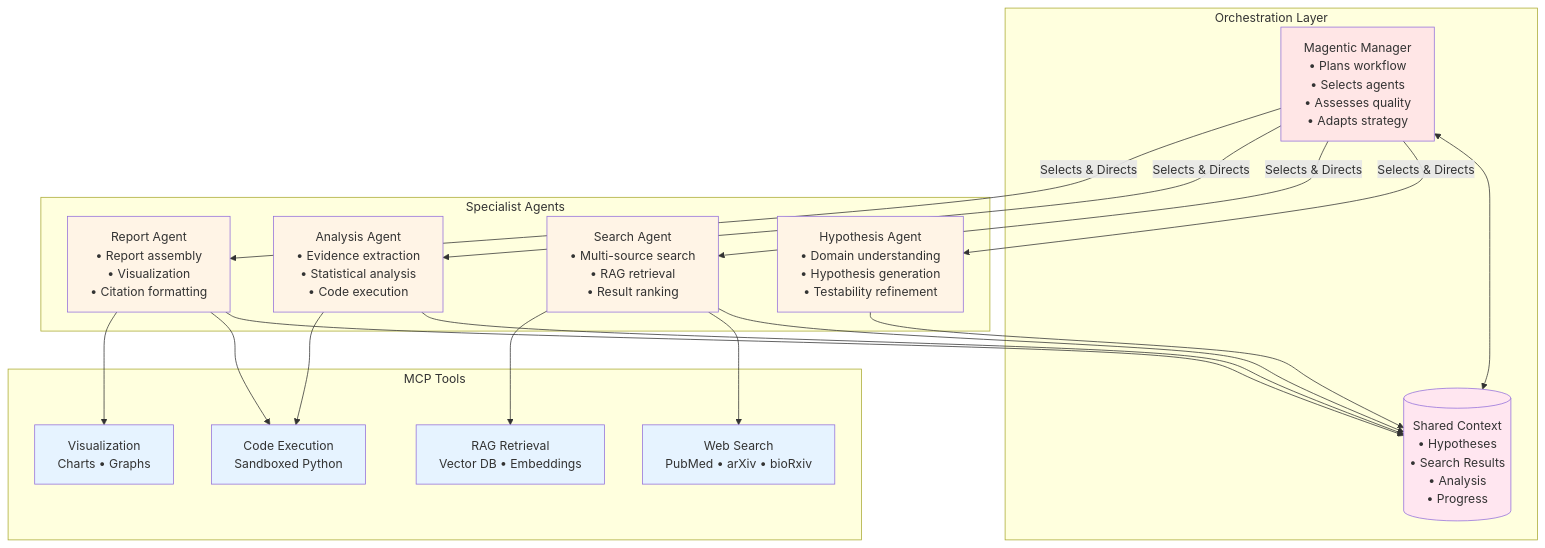
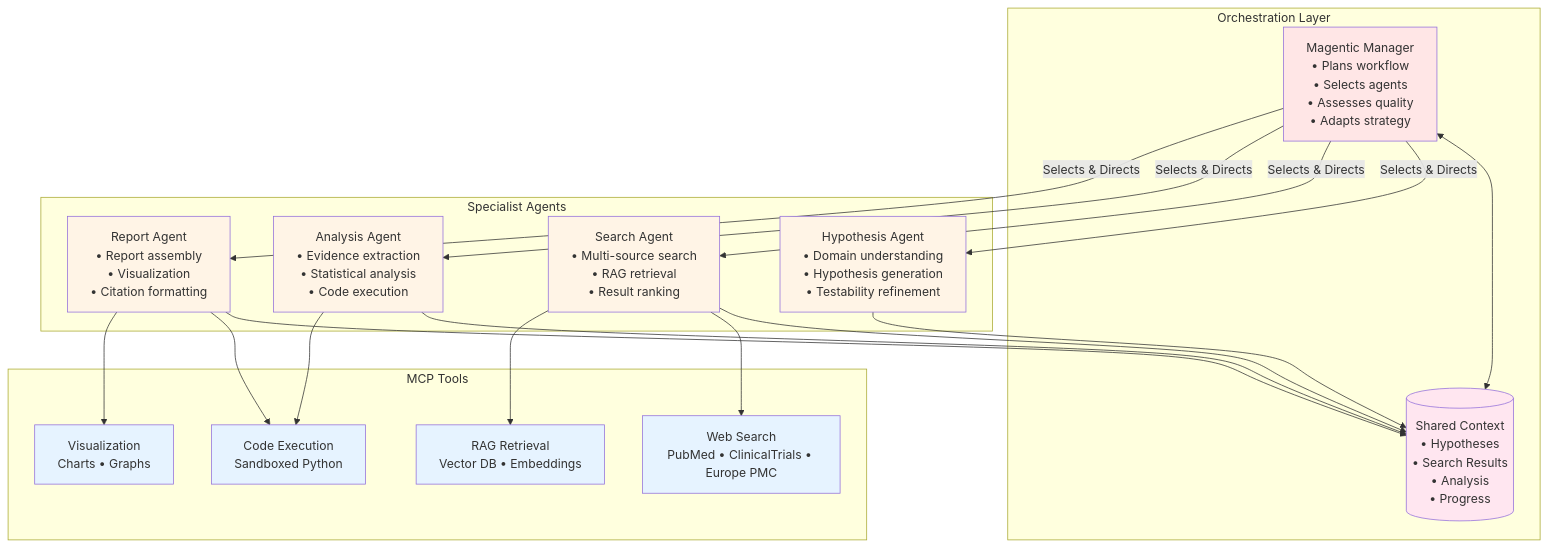
One commit to The-Obstacle-Is-The-Way/DeepBoner changed the third of 15 diagrams in docs/workflow-diagrams.md. Above: the diagram before and after it, drawn with Mermaid. The commit also changed other lines of this file and 10 other files, not shown here.

````diff
--- a/docs/workflow-diagrams.md
+++ b/docs/workflow-diagrams.md
@@ -72,49 +72,49 @@
 ```mermaid
 graph TB
     subgraph "Orchestration Layer"
         Manager[Magentic Manager<br/>• Plans workflow<br/>• Selects agents<br/>• Assesses quality<br/>• Adapts strategy]
         SharedContext[(Shared Context<br/>• Hypotheses<br/>• Search Results<br/>• Analysis<br/>• Progress)]
         Manager <--> SharedContext
     end
 
     subgraph "Specialist Agents"
         HypAgent[Hypothesis Agent<br/>• Domain understanding<br/>• Hypothesis generation<br/>• Testability refinement]
         SearchAgent[Search Agent<br/>• Multi-source search<br/>• RAG retrieval<br/>• Result ranking]
         AnalysisAgent[Analysis Agent<br/>• Evidence extraction<br/>• Statistical analysis<br/>• Code execution]
         ReportAgent[Report Agent<br/>• Report assembly<br/>• Visualization<br/>• Citation formatting]
     end
 
     subgraph "MCP Tools"
-        WebSearch[Web Search<br/>PubMed • arXiv • bioRxiv]
+        WebSearch[Web Search<br/>PubMed • ClinicalTrials • Europe PMC]
         CodeExec[Code Execution<br/>Sandboxed Python]
         RAG[RAG Retrieval<br/>Vector DB • Embeddings]
         Viz[Visualization<br/>Charts • Graphs]
     end
 
     Manager -->|Selects & Directs| HypAgent
     Manager -->|Selects & Directs| SearchAgent
     Manager -->|Selects & Directs| AnalysisAgent
     Manager -->|Selects & Directs| ReportAgent
 
     HypAgent --> SharedContext
     SearchAgent --> SharedContext
     AnalysisAgent --> SharedContext
     ReportAgent --> SharedContext
 
     SearchAgent --> WebSearch
     SearchAgent --> RAG
     AnalysisAgent --> CodeExec
     ReportAgent --> CodeExec
     ReportAgent --> Viz
 
     style Manager fill:#ffe6e6
     style SharedContext fill:#ffe6f0
     style HypAgent fill:#fff4e6
     style SearchAgent fill:#fff4e6
     style AnalysisAgent fill:#fff4e6
     style ReportAgent fill:#fff4e6
     style WebSearch fill:#e6f3ff
     style CodeExec fill:#e6f3ff
     style RAG fill:#e6f3ff
     style Viz fill:#e6f3ff
 ```
````
